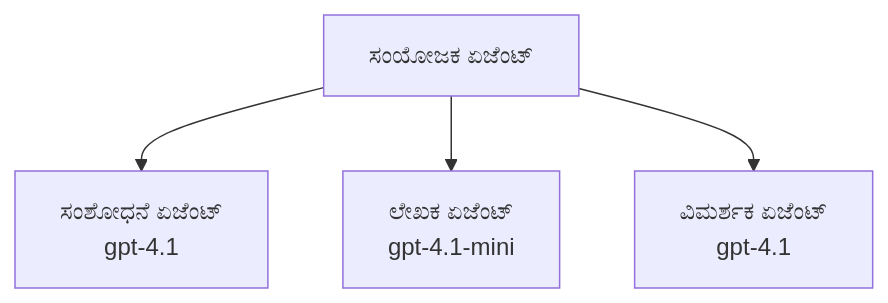
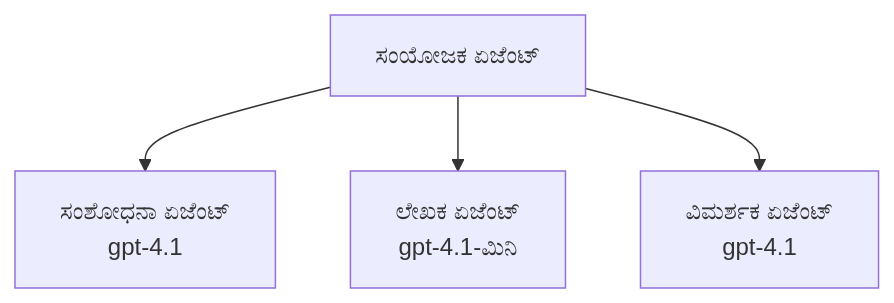
The third of 3 diagrams in translations/kn/docs/chapter-02-ai-development/agents.md (microsoft/AZD-for-beginners), drawn with Mermaid before and after one commit. The commit also changed other lines of this file and 59 other files, not shown here.

````diff
--- a/translations/kn/docs/chapter-02-ai-development/agents.md
+++ b/translations/kn/docs/chapter-02-ai-development/agents.md
@@ -201,6 +201,6 @@
 ```mermaid
 graph TD
-    Orchestrator[ಸಂಯೋಜಕ ಏಜೆಂಟ್] --> Research[ಸಂಶೋಧನೆ ಏಜೆಂಟ್<br/>gpt-4.1]
-    Orchestrator --> Writer[ಲೇಖಕ ಏಜೆಂಟ್<br/>gpt-4.1-mini]
+    Orchestrator[ಸಂಯೋಜಕ ಏಜೆಂಟ್] --> Research[ಸಂಶೋಧನಾ ಏಜೆಂಟ್<br/>gpt-4.1]
+    Orchestrator --> Writer[ಲೇಖಕ ಏಜೆಂಟ್<br/>gpt-4.1-ಮಿನಿ]
     Orchestrator --> Reviewer[ವಿಮರ್ಶಕ ಏಜೆಂಟ್<br/>gpt-4.1]
 ```
````
